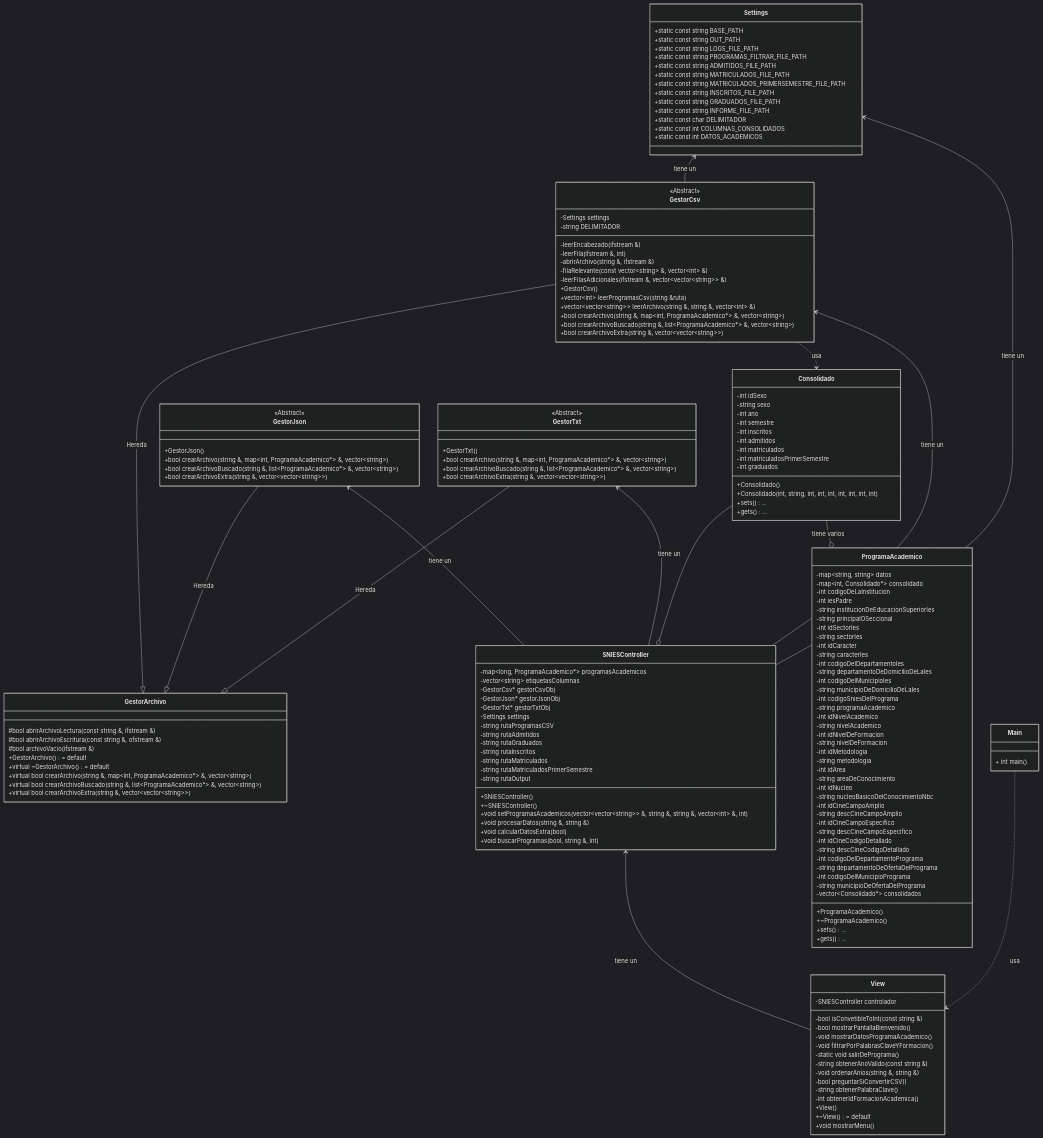
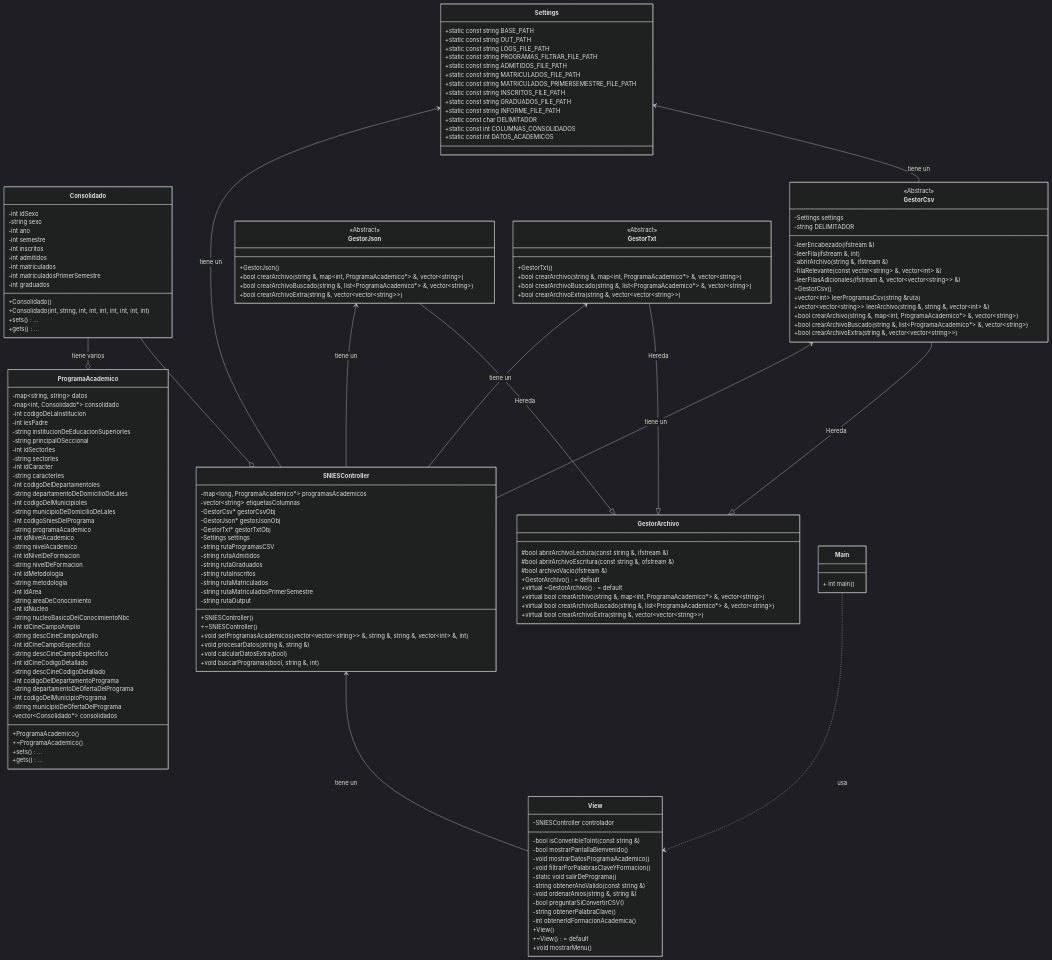
Before and after one commit to 300CIS017-Object-Oriented-Programming/proyecto-2-snies-extractor-sniesdos: the diagram in README.md, drawn with Mermaid (dark theme).

```diff
--- a/README.md
+++ b/README.md
@@ -209,7 +209,6 @@
 SNIESController --> GestorJson: tiene un
 SNIESController --> GestorTxt: tiene un
 SNIESController o-- Consolidado
-Consolidado <.. GestorCsv: usa
 GestorArchivo<|--GestorCsv: Hereda
 GestorCsv --> Settings : tiene un
 GestorArchivo<|--GestorJson: Hereda
```
